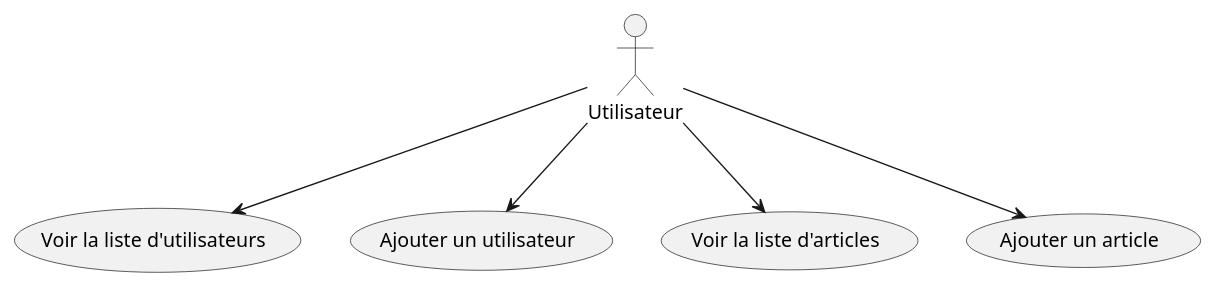
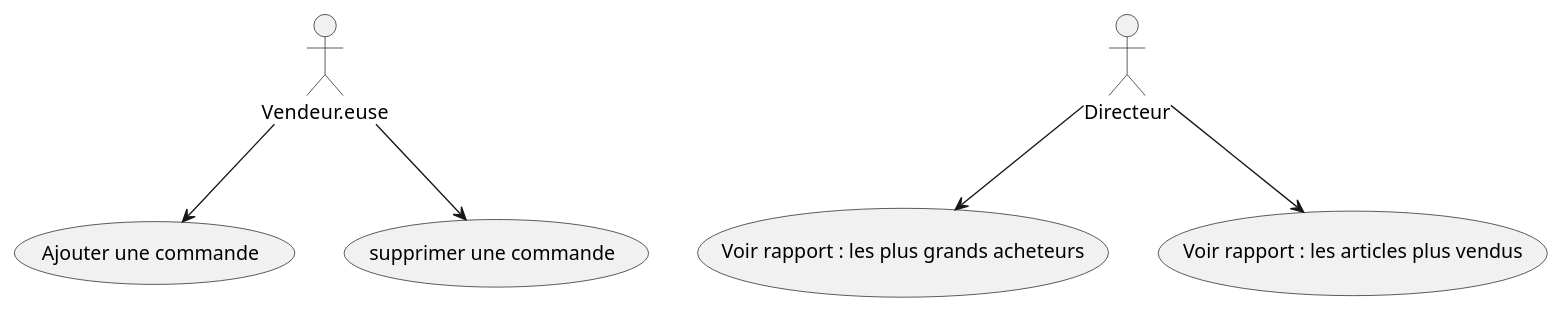
Before and after one commit to guteacher/log430-a25-labo2: the diagram in docs/uml/use_case.puml, drawn with PlantUML. The commit also changed 5 other files, not shown here.

```diff
--- a/docs/uml/use_case.puml
+++ b/docs/uml/use_case.puml
@@ -1,6 +1,6 @@
 @startuml
-    Utilisateur --> (Voir la liste d'utilisateurs)
-    Utilisateur --> (Ajouter un utilisateur)
-    Utilisateur --> (Voir la liste d'articles)
-    Utilisateur --> (Ajouter un article)
+    Vendeur.euse --> (Ajouter une commande)
+    Vendeur.euse --> (supprimer une commande)
+    Directeur --> (Voir rapport : les plus grands acheteurs)
+    Directeur --> (Voir rapport : les articles plus vendus)
 @enduml
```
